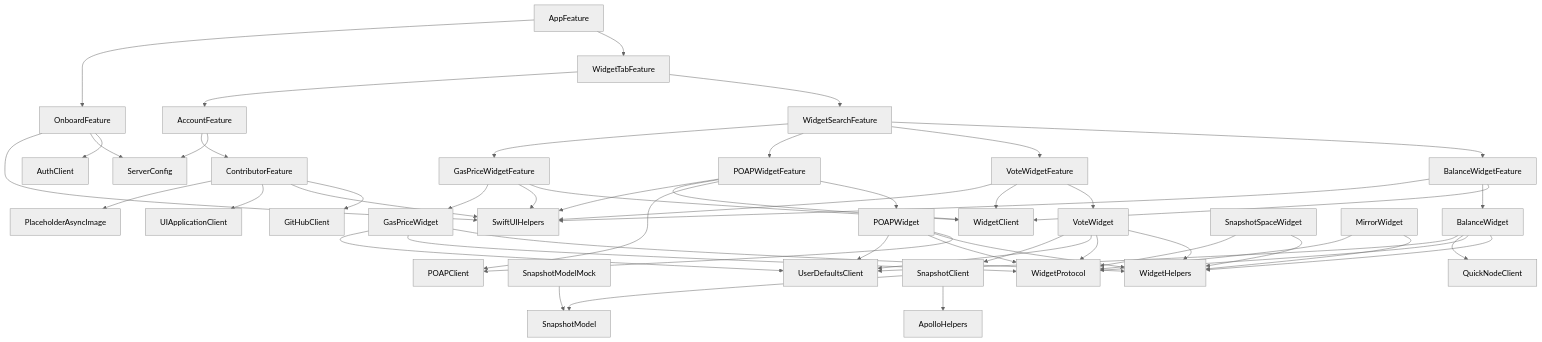
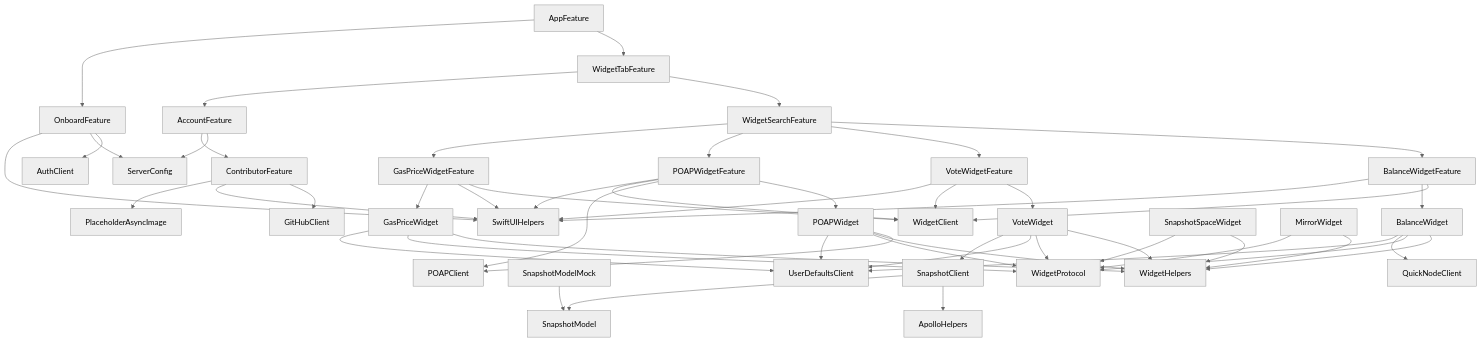
Before and after one commit to caaaption/caaaption: the diagram in caaaption/PackageDependencies.md, drawn with Mermaid (neutral theme).

Commit message:
Run dgraph (#241)

````diff
--- a/caaaption/PackageDependencies.md
+++ b/caaaption/PackageDependencies.md
@@ -1,55 +1,54 @@
 ```mermaid
 graph TD;
     AppFeature-->WidgetTabFeature;
     AppFeature-->OnboardFeature;
     WidgetSearchFeature-->BalanceWidgetFeature;
     WidgetSearchFeature-->VoteWidgetFeature;
     WidgetSearchFeature-->POAPWidgetFeature;
     WidgetSearchFeature-->GasPriceWidgetFeature;
     AccountFeature-->ServerConfig;
     AccountFeature-->ContributorFeature;
     ContributorFeature-->GitHubClient;
     ContributorFeature-->SwiftUIHelpers;
-    ContributorFeature-->UIApplicationClient;
     ContributorFeature-->PlaceholderAsyncImage;
     BalanceWidgetFeature-->WidgetClient;
     BalanceWidgetFeature-->BalanceWidget;
     BalanceWidgetFeature-->SwiftUIHelpers;
     VoteWidgetFeature-->VoteWidget;
     VoteWidgetFeature-->WidgetClient;
     VoteWidgetFeature-->SwiftUIHelpers;
     OnboardFeature-->AuthClient;
     OnboardFeature-->ServerConfig;
     OnboardFeature-->SwiftUIHelpers;
     POAPWidgetFeature-->POAPWidget;
     POAPWidgetFeature-->POAPClient;
     POAPWidgetFeature-->WidgetClient;
     POAPWidgetFeature-->SwiftUIHelpers;
     GasPriceWidgetFeature-->WidgetClient;
     GasPriceWidgetFeature-->SwiftUIHelpers;
     GasPriceWidgetFeature-->GasPriceWidget;
     WidgetTabFeature-->WidgetSearchFeature;
     WidgetTabFeature-->AccountFeature;
     SnapshotModelMock-->SnapshotModel;
     SnapshotClient-->ApolloHelpers;
     SnapshotClient-->SnapshotModel;
     BalanceWidget-->WidgetHelpers;
     BalanceWidget-->WidgetProtocol;
     BalanceWidget-->QuickNodeClient;
     BalanceWidget-->UserDefaultsClient;
     VoteWidget-->WidgetHelpers;
     VoteWidget-->WidgetProtocol;
     VoteWidget-->UserDefaultsClient;
     VoteWidget-->SnapshotClient;
     GasPriceWidget-->WidgetHelpers;
     GasPriceWidget-->WidgetProtocol;
     GasPriceWidget-->UserDefaultsClient;
     POAPWidget-->POAPClient;
     POAPWidget-->WidgetHelpers;
     POAPWidget-->WidgetProtocol;
     POAPWidget-->UserDefaultsClient;
     SnapshotSpaceWidget-->WidgetHelpers;
     SnapshotSpaceWidget-->WidgetProtocol;
     MirrorWidget-->WidgetHelpers;
     MirrorWidget-->WidgetProtocol;
 ```
````
